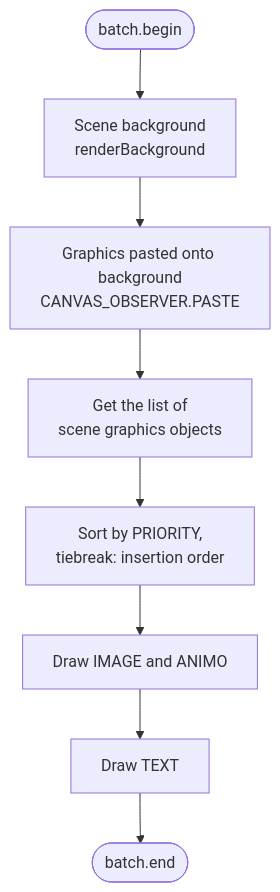
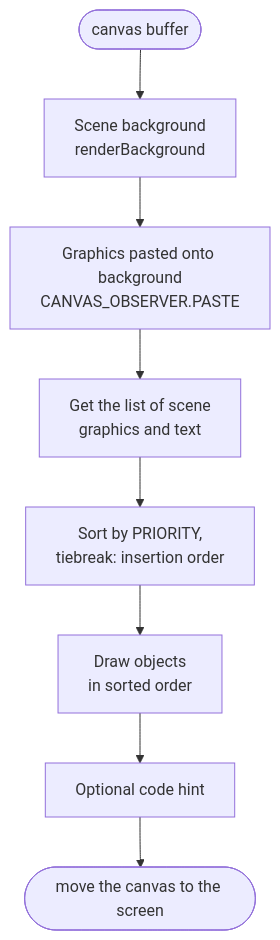
The first of 3 diagrams in docs/en/internals/rendering.md (patryk025/Rex-EMoolator), drawn with Mermaid before and after one commit. The commit also changed other lines of this file and 83 other files, not shown here.

````diff
--- a/docs/en/internals/rendering.md
+++ b/docs/en/internals/rendering.md
@@ -12,10 +12,10 @@
 ```mermaid
 flowchart TD
-    A([batch.begin]) --> B[Scene background<br/>renderBackground]
+    A([canvas buffer]) --> B[Scene background<br/>renderBackground]
     B --> C[Graphics pasted onto background<br/>CANVAS_OBSERVER.PASTE]
-    C --> D[Get the list of<br/>scene graphics objects]
+    C --> D[Get the list of scene<br/>graphics and text]
     D --> E[Sort by PRIORITY,<br/>tiebreak: insertion order]
-    E --> F[Draw IMAGE and ANIMO]
-    F --> G[Draw TEXT]
-    G --> H([batch.end])
+    E --> F[Draw objects<br/>in sorted order]
+    F --> G[Optional code hint]
+    G --> H([move the canvas to the screen])
 ```
````
